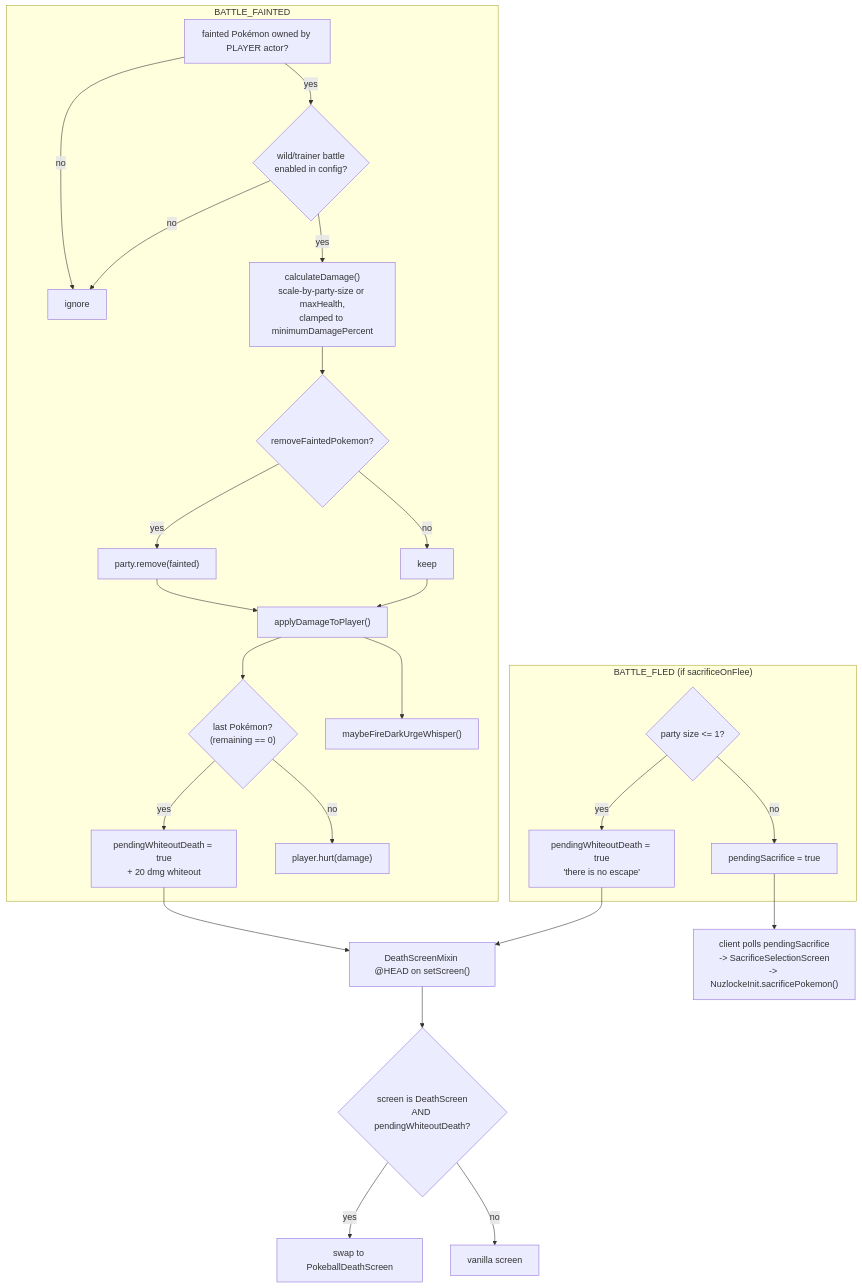
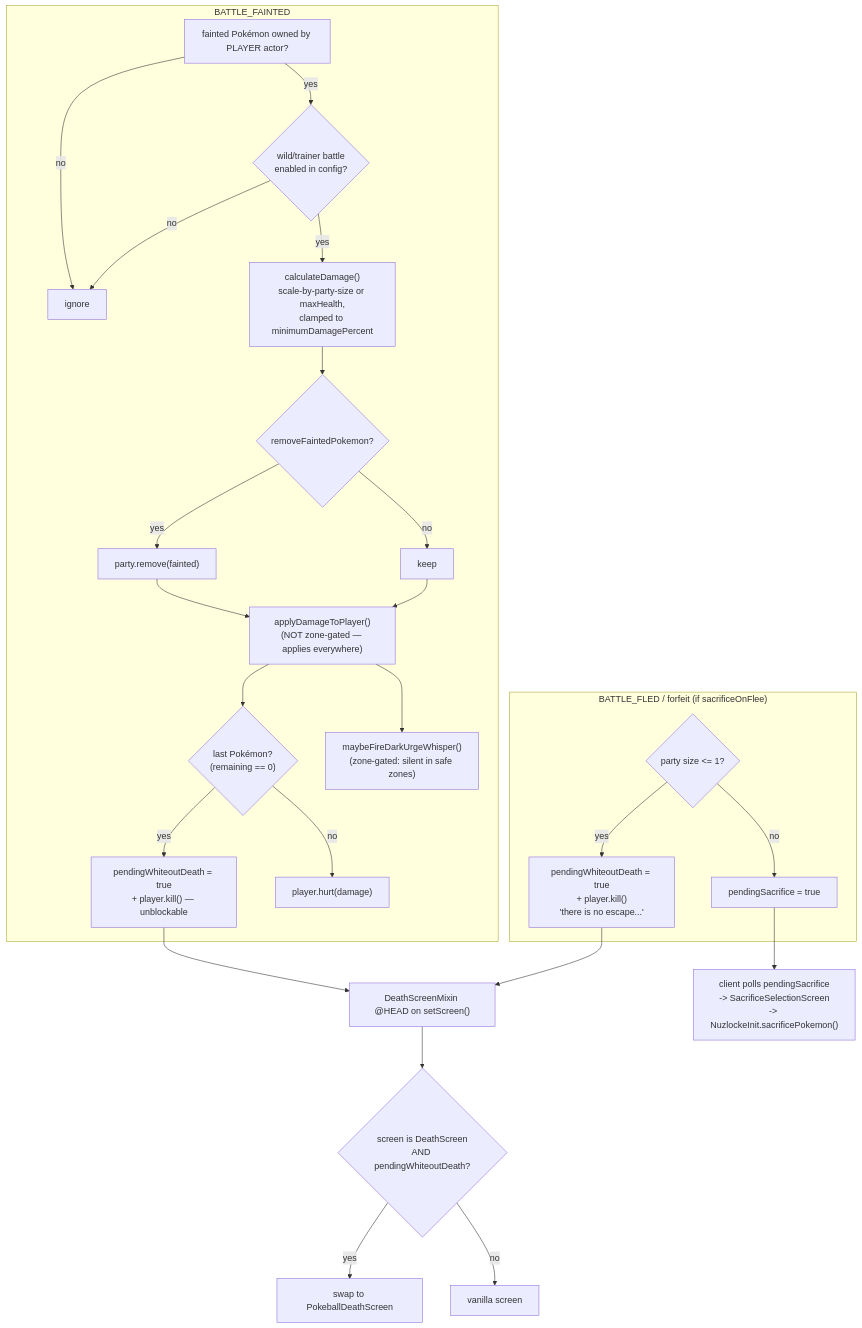
Before and after one commit to The-Company-Inc-Nerds/the-cobblemon-initiative: the second of 10 diagrams in wiki/Architecture-Data-Flows.md, drawn with Mermaid. The commit also changed other lines of this file and 456 other files, not shown here.

````diff
--- a/wiki/Architecture-Data-Flows.md
+++ b/wiki/Architecture-Data-Flows.md
@@ -50,29 +62,29 @@
 ```mermaid
 flowchart TD
   subgraph Faint["BATTLE_FAINTED"]
     FA["fainted Pokémon owned by PLAYER actor?"] -->|no| FZ["ignore"]
     FA -->|yes| FB{"wild/trainer battle<br/>enabled in config?"}
     FB -->|no| FZ
     FB -->|yes| FC["calculateDamage()<br/>scale-by-party-size or maxHealth,<br/>clamped to minimumDamagePercent"]
     FC --> FD{"removeFaintedPokemon?"}
     FD -->|yes| FE["party.remove(fainted)"]
     FD -->|no| FF["keep"]
-    FE --> FG["applyDamageToPlayer()"]
+    FE --> FG["applyDamageToPlayer()<br/>(NOT zone-gated — applies everywhere)"]
     FF --> FG
     FG --> FH{"last Pokémon?<br/>(remaining == 0)"}
-    FH -->|yes| FI["pendingWhiteoutDeath = true<br/>+ 20 dmg whiteout"]
+    FH -->|yes| FI["pendingWhiteoutDeath = true<br/>+ player.kill() — unblockable"]
     FH -->|no| FJ["player.hurt(damage)"]
-    FG --> FK["maybeFireDarkUrgeWhisper()"]
+    FG --> FK["maybeFireDarkUrgeWhisper()<br/>(zone-gated: silent in safe zones)"]
   end
-  subgraph Flee["BATTLE_FLED (if sacrificeOnFlee)"]
+  subgraph Flee["BATTLE_FLED / forfeit (if sacrificeOnFlee)"]
     LA{"party size <= 1?"}
-    LA -->|yes| LB["pendingWhiteoutDeath = true<br/>'there is no escape'"]
+    LA -->|yes| LB["pendingWhiteoutDeath = true<br/>+ player.kill()<br/>'there is no escape...'"]
     LA -->|no| LC["pendingSacrifice = true"]
   end
   FI --> DS
   LB --> DS
   LC --> SAC["client polls pendingSacrifice<br/>-> SacrificeSelectionScreen<br/>-> NuzlockeInit.sacrificePokemon()"]
   DS["DeathScreenMixin @HEAD on setScreen()"] --> DM{"screen is DeathScreen<br/>AND pendingWhiteoutDeath?"}
   DM -->|yes| DN["swap to PokeballDeathScreen"]
   DM -->|no| DO["vanilla screen"]
 ```
````
